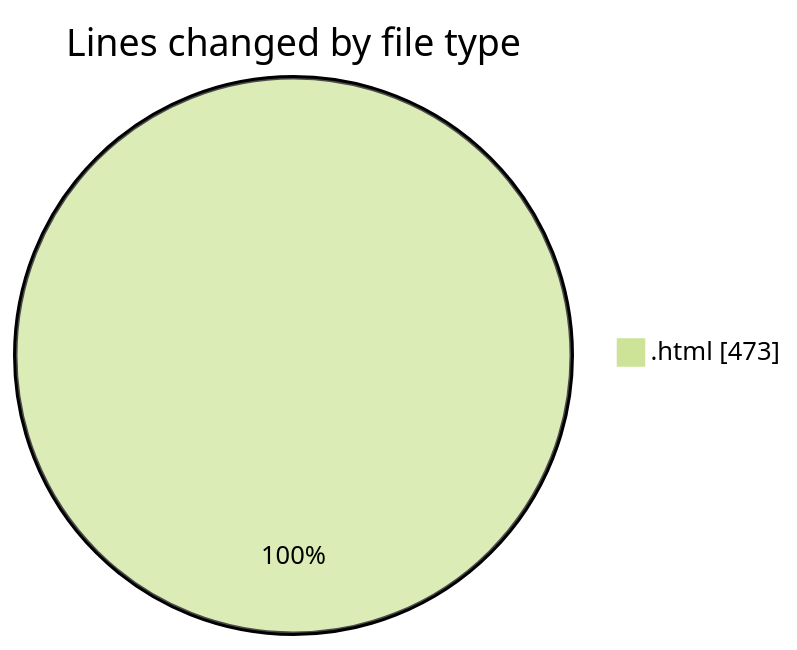
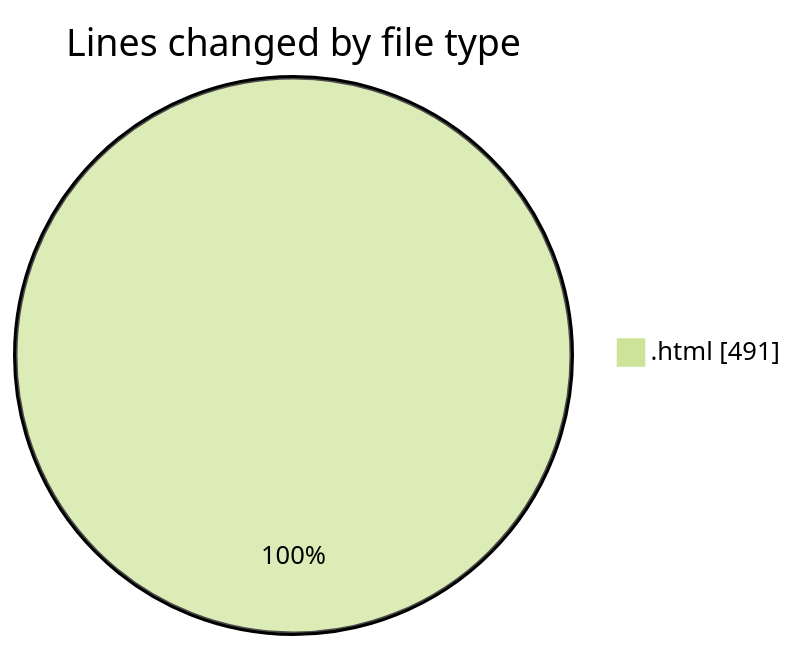
The first of 2 diagrams in 2025-01-07/nueva_carpeta/README.md (LanceThiago/code-tracking), drawn with Mermaid (forest theme) before and after one commit. The commit also changed other lines of this file and 1 other file, not shown here.

````diff
--- a/2025-01-07/nueva_carpeta/README.md
+++ b/2025-01-07/nueva_carpeta/README.md
@@ -20,5 +20,5 @@
 ```mermaid
 pie showData
 title Lines changed by file type
-".html" : 473
+".html" : 491
 ```
````
